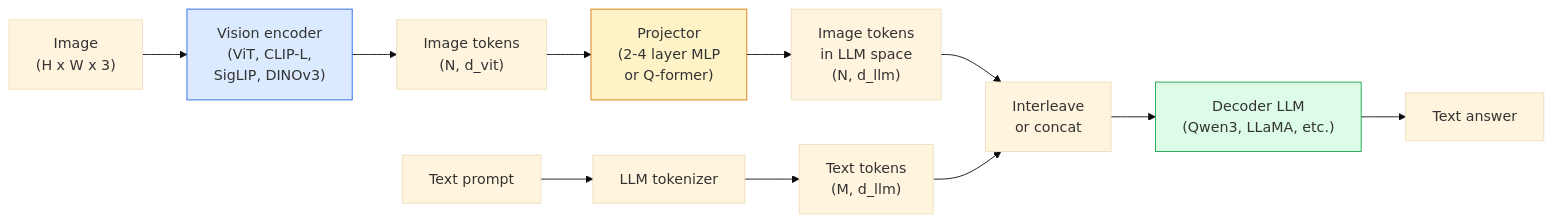
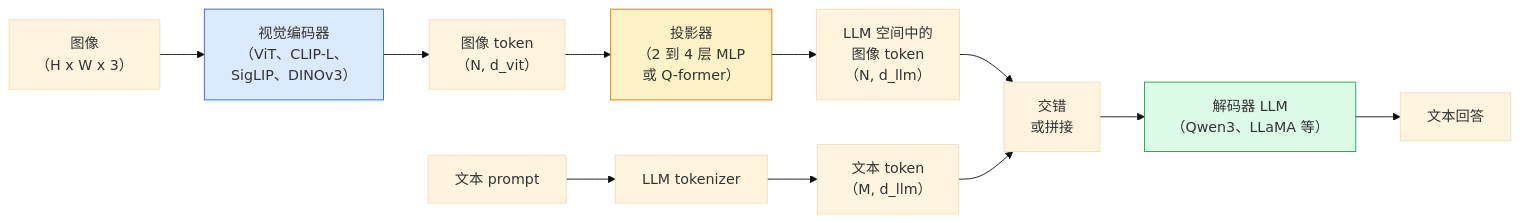
The diagram in phases/04-computer-vision/25-vision-language-models/docs/zh.md (JerryC8080/ai-engineering-from-scratch-zh), drawn with Mermaid (base theme) before and after one commit. The commit also changed 156 other files, not shown here.

First line of the commit message:
i18n(zh): translate mermaid diagram labels in 157 lesson zh.md

````diff
--- a/phases/04-computer-vision/25-vision-language-models/docs/zh.md
+++ b/phases/04-computer-vision/25-vision-language-models/docs/zh.md
@@ -31,17 +31,17 @@
 ```mermaid
 flowchart LR
-    IMG["Image<br/>(H x W x 3)"] --> ViT["Vision encoder<br/>(ViT, CLIP-L,<br/>SigLIP, DINOv3)"]
-    ViT --> FEATS["Image tokens<br/>(N, d_vit)"]
-    FEATS --> PROJ["Projector<br/>(2-4 layer MLP<br/>or Q-former)"]
-    PROJ --> VTOK["Image tokens<br/>in LLM space<br/>(N, d_llm)"]
-    TXT["Text prompt"] --> TOK["LLM tokenizer"]
-    TOK --> TTOK["Text tokens<br/>(M, d_llm)"]
-    VTOK --> CONCAT["Interleave<br/>or concat"]
+    IMG["图像<br/>（H x W x 3）"] --> ViT["视觉编码器<br/>（ViT、CLIP-L、<br/>SigLIP、DINOv3）"]
+    ViT --> FEATS["图像 token<br/>（N, d_vit）"]
+    FEATS --> PROJ["投影器<br/>（2 到 4 层 MLP<br/>或 Q-former）"]
+    PROJ --> VTOK["LLM 空间中的<br/>图像 token<br/>（N, d_llm）"]
+    TXT["文本 prompt"] --> TOK["LLM tokenizer"]
+    TOK --> TTOK["文本 token<br/>（M, d_llm）"]
+    VTOK --> CONCAT["交错<br/>或拼接"]
     TTOK --> CONCAT
-    CONCAT --> LLM["Decoder LLM<br/>(Qwen3, LLaMA, etc.)"]
-    LLM --> OUT["Text answer"]
+    CONCAT --> LLM["解码器 LLM<br/>（Qwen3、LLaMA 等）"]
+    LLM --> OUT["文本回答"]
 
     style ViT fill:#dbeafe,stroke:#2563eb
     style PROJ fill:#fef3c7,stroke:#d97706
     style LLM fill:#dcfce7,stroke:#16a34a
 ```
````
